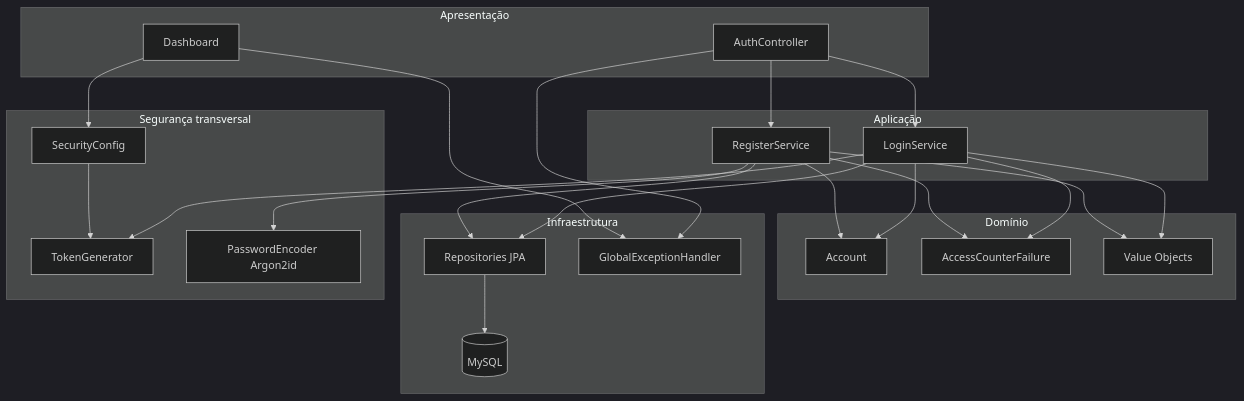
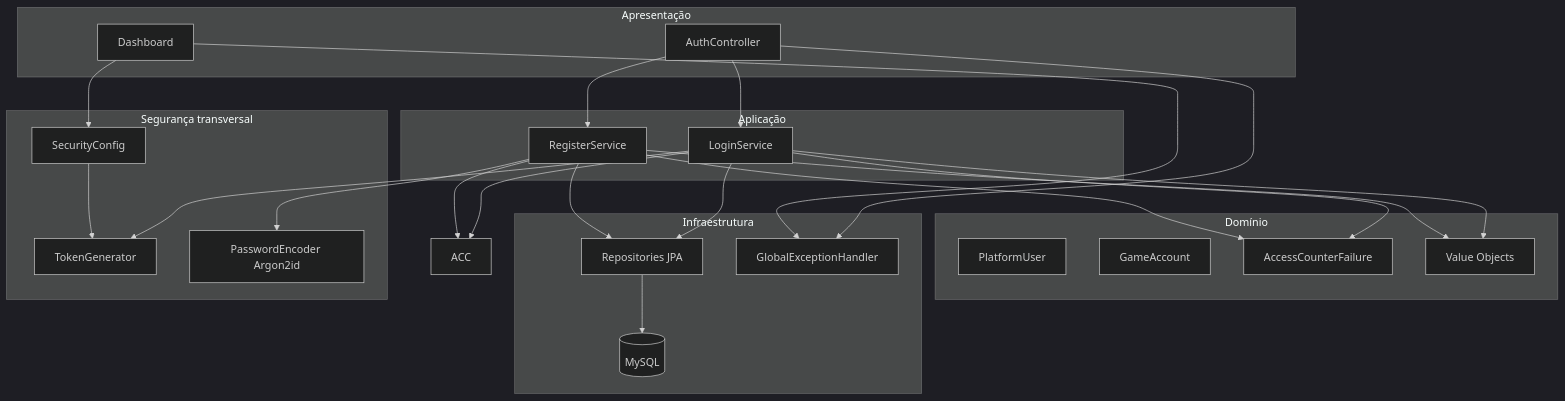
One commit to Campos1987/mmorpg-platform-api changed the second of 5 diagrams in ARCHITECTURE.md. Above: the diagram before and after it, drawn with Mermaid (dark theme). The commit also changed other lines of this file and 6 other files, not shown here.

````diff
--- a/ARCHITECTURE.md
+++ b/ARCHITECTURE.md
@@ -65,40 +66,41 @@
 ```mermaid
 flowchart TB
     subgraph Apresentação
         AC[AuthController]
         DC[Dashboard]
     end
 
     subgraph Aplicação
         LS[LoginService]
         RS[RegisterService]
     end
 
     subgraph Domínio
-        ACC[Account]
+        PU[PlatformUser]
+        GA[GameAccount]
         ACF[AccessCounterFailure]
         VO[Value Objects]
     end
 
     subgraph Infraestrutura
         REPO[Repositories JPA]
         DB[(MySQL)]
         GEH[GlobalExceptionHandler]
     end
 
     subgraph Segurança transversal
         SC[SecurityConfig]
         TG[TokenGenerator]
         PE[PasswordEncoder Argon2id]
     end
 
     AC --> LS & RS
     DC --> SC
     LS & RS --> ACC & ACF & VO
     LS & RS --> REPO
     REPO --> DB
     LS --> TG
     RS --> PE
     AC & DC --> GEH
     SC --> TG
 ```
````
